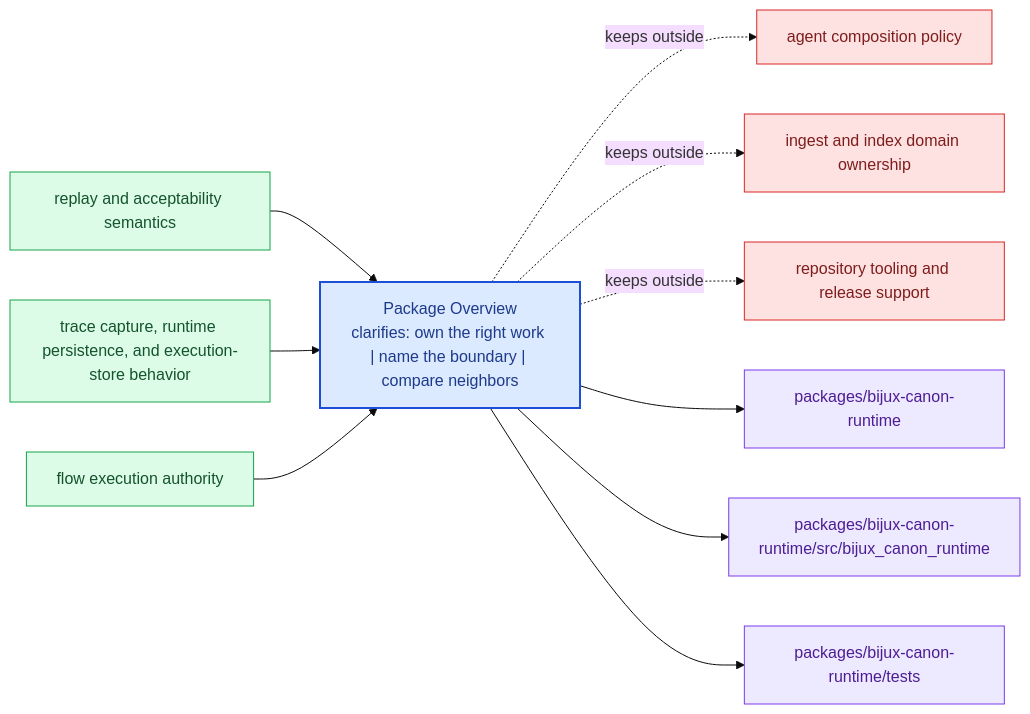
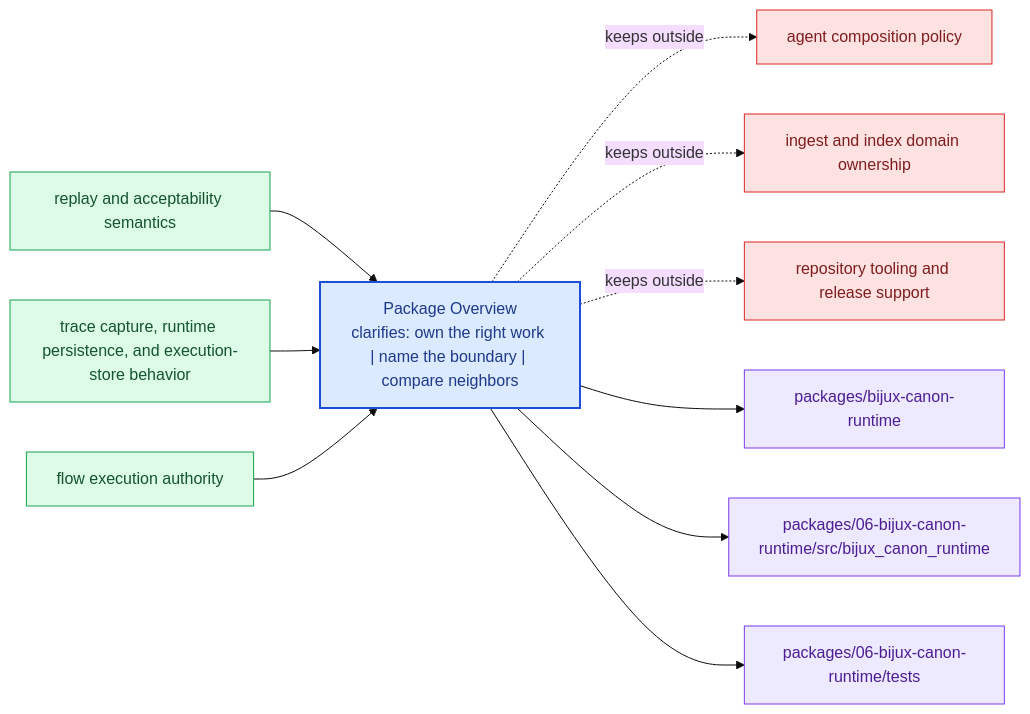
One commit to bijux/bijux-canon changed the diagram in docs/06-bijux-canon-runtime/foundation/package-overview.md. Above: the diagram before and after it, drawn with Mermaid (base theme). The commit also changed other lines of this file and 167 other files, not shown here.

````diff
--- a/docs/06-bijux-canon-runtime/foundation/package-overview.md
+++ b/docs/06-bijux-canon-runtime/foundation/package-overview.md
@@ -23,31 +23,31 @@
 ```mermaid
 flowchart LR
     page["Package Overview<br/>clarifies: own the right work | name the boundary | compare neighbors"]
     classDef page fill:#dbeafe,stroke:#1d4ed8,color:#1e3a8a,stroke-width:2px;
     classDef positive fill:#dcfce7,stroke:#16a34a,color:#14532d;
     classDef caution fill:#fee2e2,stroke:#dc2626,color:#7f1d1d;
     classDef anchor fill:#ede9fe,stroke:#7c3aed,color:#4c1d95;
     classDef action fill:#fef3c7,stroke:#d97706,color:#7c2d12;
     own1["replay and acceptability semantics"]
     own1 --> page
     own2["trace capture, runtime persistence, and execution-store behavior"]
     own2 --> page
     own3["flow execution authority"]
     own3 --> page
     limit1["agent composition policy"]
     page -.keeps outside.-> limit1
     limit2["ingest and index domain ownership"]
     page -.keeps outside.-> limit2
     limit3["repository tooling and release support"]
     page -.keeps outside.-> limit3
     anchor1["packages/bijux-canon-runtime"]
     page --> anchor1
-    anchor2["packages/bijux-canon-runtime/src/bijux_canon_runtime"]
+    anchor2["packages/06-bijux-canon-runtime/src/bijux_canon_runtime"]
     page --> anchor2
-    anchor3["packages/bijux-canon-runtime/tests"]
+    anchor3["packages/06-bijux-canon-runtime/tests"]
     page --> anchor3
     class page page;
     class own1,own2,own3 positive;
     class limit1,limit2,limit3 caution;
     class anchor1,anchor2,anchor3 anchor;
 ```
````
